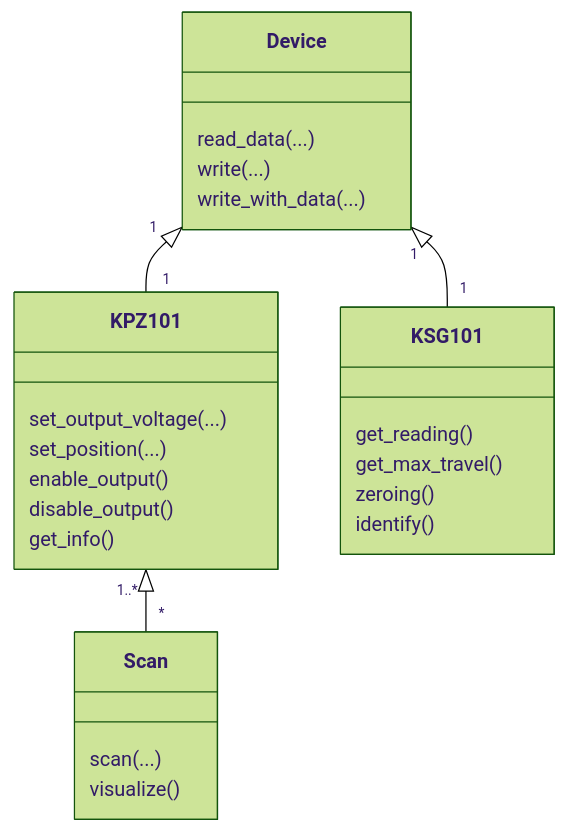
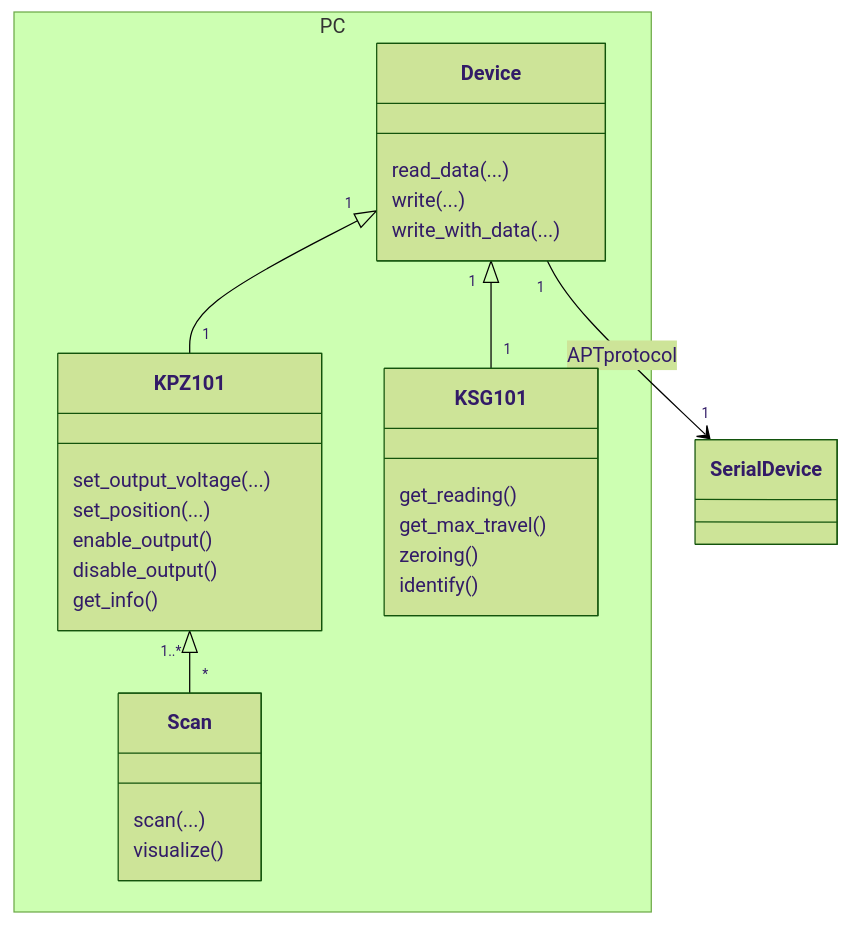
The diagram in content/Technique/APT-interface.md (benoitlx/Documentation-Stage-G1), drawn with Mermaid (forest theme) before and after one commit.

Commit message:
improving mermaid diagram

````diff
--- a/content/Technique/APT-interface.md
+++ b/content/Technique/APT-interface.md
@@ -24,24 +24,33 @@
 ```mermaid
 classDiagram
 Device "1" <|-- "1" KPZ101
 Device "1" <|-- "1" KSG101
 KPZ101 "1..*" <|-- "*" Scan
+
+namespace PC {
+	class Device
+	class KPZ101
+	class KSG101
+	class Scan
+}
+
+Device "1" --> "1" Serial Device : APTprotocol
 
 Device : read_data(...)
 Device : write(...)
 Device : write_with_data(...)
 
 KPZ101 : set_output_voltage(...)
 KPZ101 : set_position(...)
 KPZ101 : enable_output()
 KPZ101 : disable_output()
 KPZ101 : get_info()
 
 KSG101 : get_reading()
 KSG101 : get_max_travel()
 KSG101 : zeroing()
 KSG101 : identify()
 
 Scan : scan(...)
 Scan : visualize()
 ```
````
